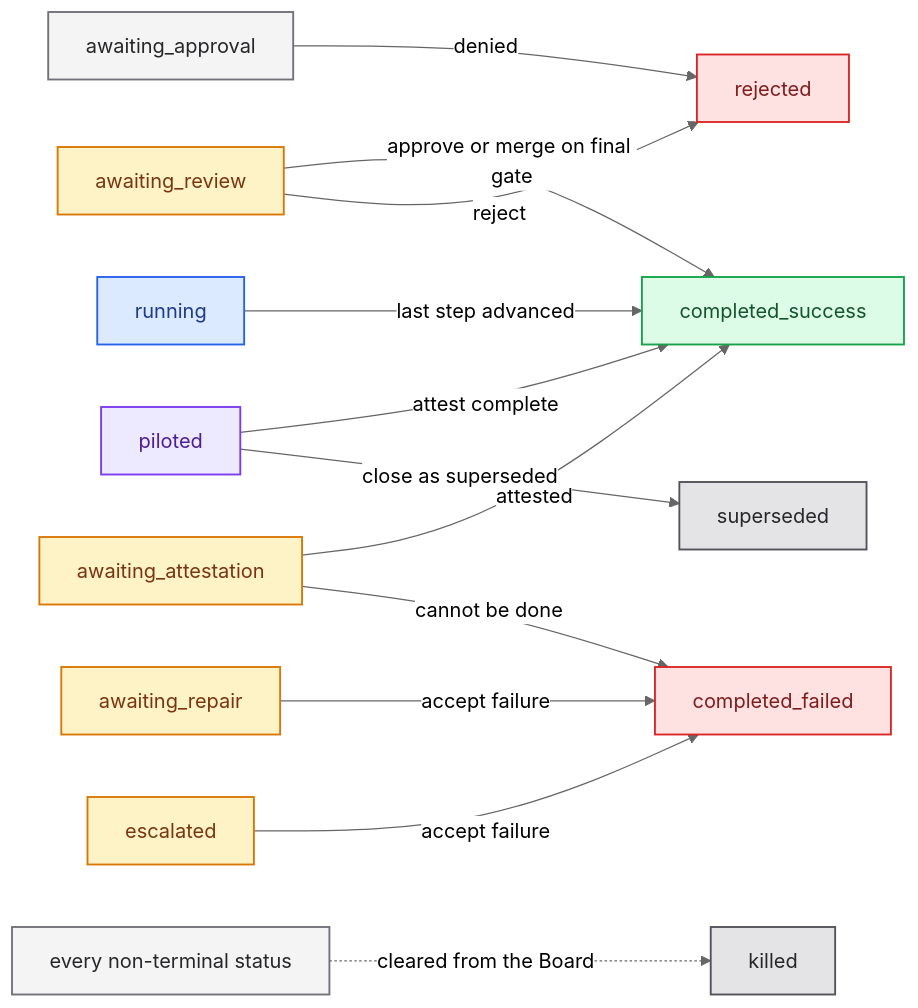
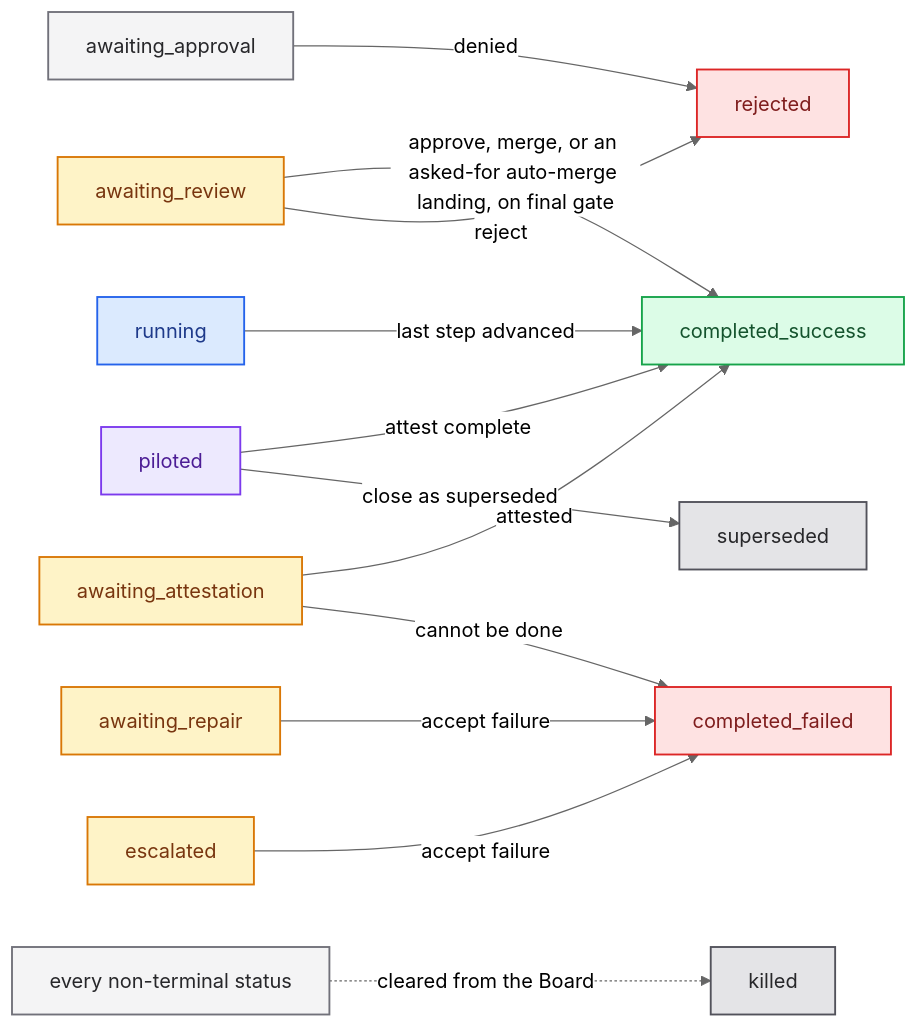
One commit to Mele-Labs/armada changed the third of 3 diagrams in docs/concepts/job.md. Above: the diagram before and after it, drawn with Mermaid (neutral theme).

Commit message:
Say the final gate also completes when an asked-for auto-merge lands

````diff
--- a/docs/concepts/job.md
+++ b/docs/concepts/job.md
@@ -455,35 +455,35 @@
 ```mermaid
 flowchart LR
   classDef gate fill:#f4f4f5,stroke:#71717a,stroke-width:1.5px,color:#27272a
   classDef drone fill:#dbeafe,stroke:#2563eb,stroke-width:1.5px,color:#1e3a8a
   classDef waited fill:#fef3c7,stroke:#d97706,stroke-width:1.5px,color:#78350f
   classDef worked fill:#ede9fe,stroke:#7c3aed,stroke-width:1.5px,color:#4c1d95
   classDef good fill:#dcfce7,stroke:#16a34a,stroke-width:1.5px,color:#14532d
   classDef bad fill:#fee2e2,stroke:#dc2626,stroke-width:1.5px,color:#7f1d1d
   classDef flat fill:#e4e4e7,stroke:#52525b,stroke-width:1.5px,color:#27272a
 
   R["running"] -->|last step advanced| CS["completed_success"]
-  AR["awaiting_review"] -->|approve or merge on final gate| CS
+  AR["awaiting_review"] -->|approve, merge, or an asked-for auto-merge landing, on final gate| CS
   AT["awaiting_attestation"] -->|attested| CS
   P["piloted"] -->|attest complete| CS
 
   REP["awaiting_repair"] -->|accept failure| CF["completed_failed"]
   ESC["escalated"] -->|accept failure| CF
   AT -->|cannot be done| CF
 
   AA["awaiting_approval"] -->|denied| REJ["rejected"]
   AR -->|reject| REJ
 
   P -->|close as superseded| SUP["superseded"]
 
   ANY["every non-terminal status"] -.->|cleared from the Board| K["killed"]
 
   class AA gate
   class R drone
   class AR,REP,ESC,AT waited
   class P worked
   class CS good
   class CF,REJ bad
   class SUP,K flat
   class ANY gate
 ```
````
